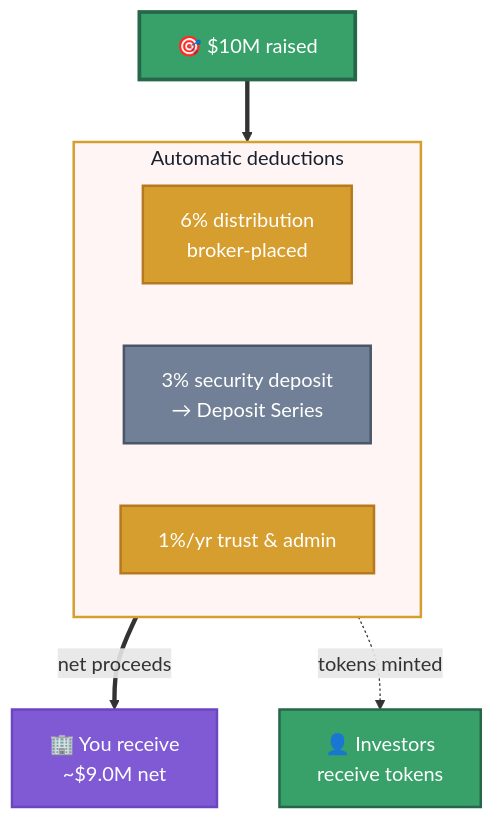
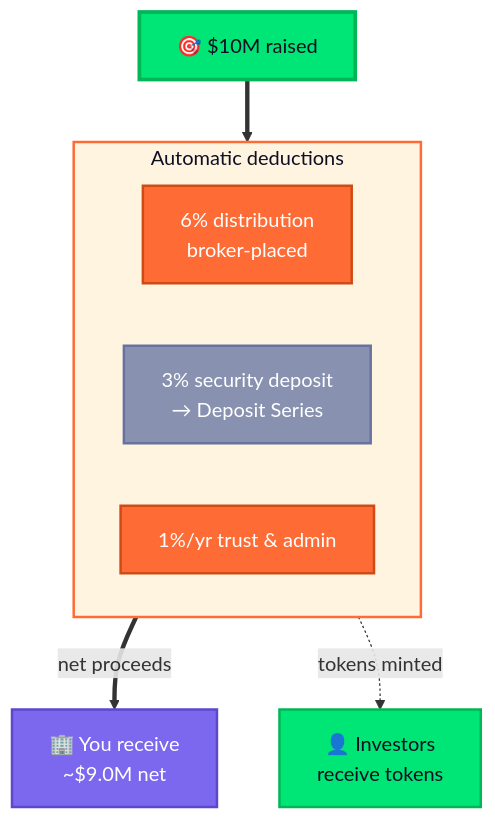
Before and after one commit to hrbrlife/sailsto_website: the third of 16 diagrams in hugo-site/content/_index.fr.md, drawn with Mermaid. The commit also changed other lines of this file and 9 other files, not shown here.

```diff
--- a/hugo-site/content/_index.fr.md
+++ b/hugo-site/content/_index.fr.md
@@ -399,21 +399,21 @@
 <div class="mermaid">
 flowchart TD
     RAISE["🎯 $10M raised"]
     subgraph DEDUCT["Automatic deductions"]
         D1["6% distribution&lt;br/&gt;broker-placed"]
         D2["3% security deposit&lt;br/&gt;→ Deposit Series"]
         D3["1%/yr trust &amp; admin"]
     end
     YOU["🏢 You receive&lt;br/&gt;~$9.0M net"]
     INV["👤 Investors&lt;br/&gt;receive tokens"]
     RAISE ==> DEDUCT
     DEDUCT ==>|"net proceeds"| YOU
     DEDUCT -.->|"tokens minted"| INV
-    style RAISE fill:#38a169,color:#fff,stroke:#276749,stroke-width:3px
-    style DEDUCT fill:#fff5f5,color:#1a202c,stroke:#d69e2e,stroke-width:2px
-    style D1 fill:#d69e2e,color:#fff,stroke:#b7791f,stroke-width:2px
-    style D2 fill:#718096,color:#fff,stroke:#4a5568,stroke-width:2px
-    style D3 fill:#d69e2e,color:#fff,stroke:#b7791f,stroke-width:2px
-    style YOU fill:#805ad5,color:#fff,stroke:#6b46c1,stroke-width:2px
-    style INV fill:#38a169,color:#fff,stroke:#276749,stroke-width:2px
+    style RAISE fill:#00E676,color:#0F0F23,stroke:#00B656,stroke-width:3px
+    style DEDUCT fill:#FFF4E0,color:#0F0F23,stroke:#FF6B35,stroke-width:2px
+    style D1 fill:#FF6B35,color:#fff,stroke:#CF4B15,stroke-width:2px
+    style D2 fill:#8892B0,color:#fff,stroke:#6872A0,stroke-width:2px
+    style D3 fill:#FF6B35,color:#fff,stroke:#CF4B15,stroke-width:2px
+    style YOU fill:#7B68EE,color:#fff,stroke:#5B48CE,stroke-width:2px
+    style INV fill:#00E676,color:#0F0F23,stroke:#00B656,stroke-width:2px
 </div>
```
